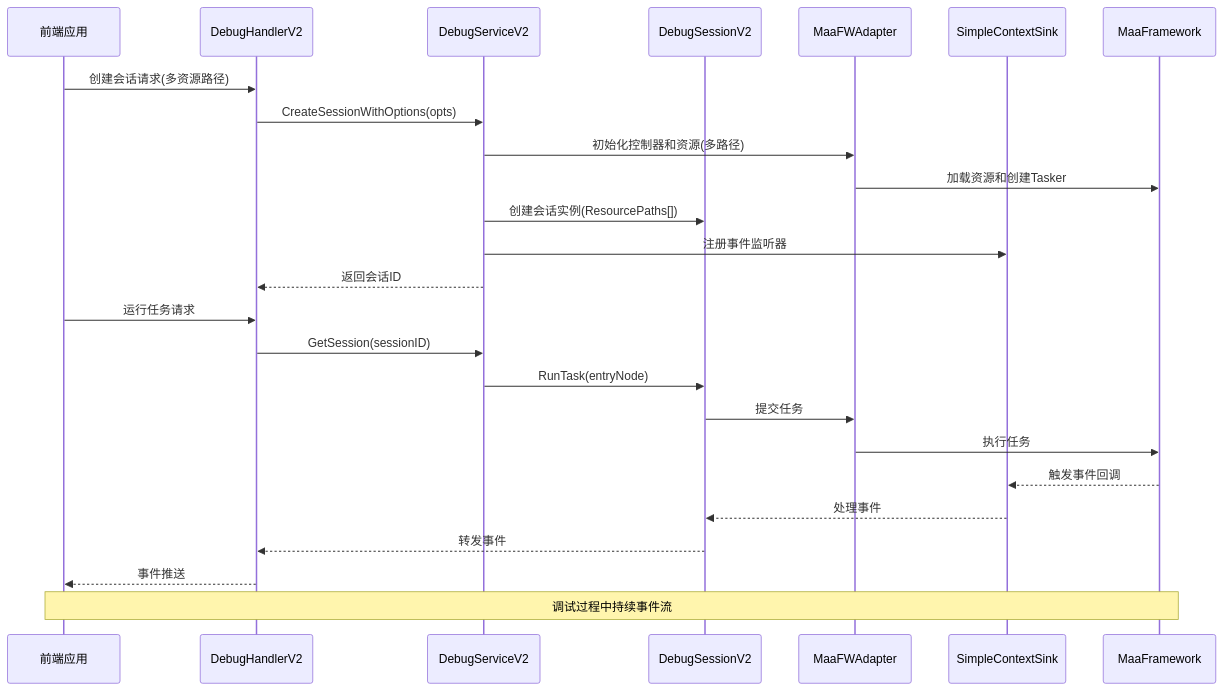
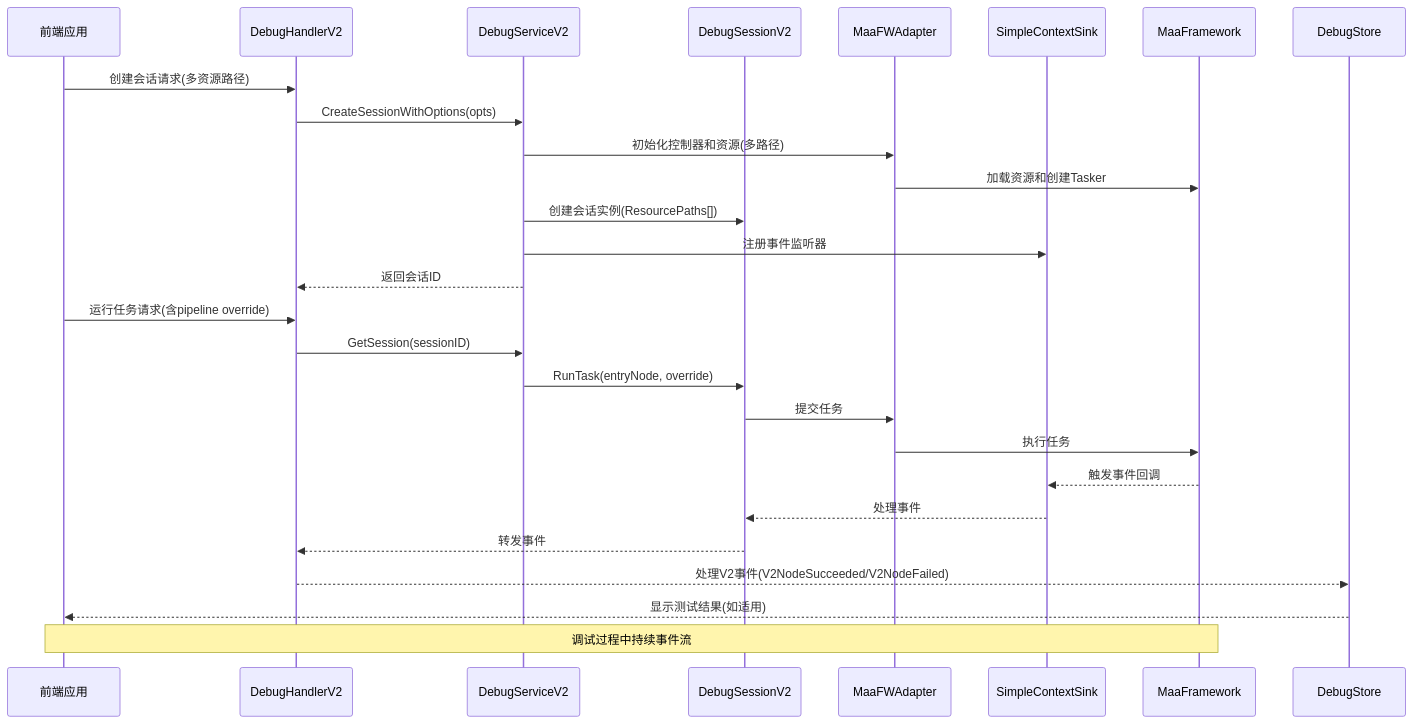
One commit to kqcoxn/MaaPipelineEditor changed the second of 9 diagrams in .qoder/repowiki/zh/content/核心概念/调试服务 V2.md. Above: the diagram before and after it, drawn with Mermaid. The commit also changed other lines of this file and 23 other files, not shown here.

````diff
--- a/.qoder/repowiki/zh/content/核心概念/调试服务 V2.md
+++ b/.qoder/repowiki/zh/content/核心概念/调试服务 V2.md
@@ -105,27 +130,29 @@
 ```mermaid
 sequenceDiagram
 participant Client as 前端应用
 participant Handler as DebugHandlerV2
 participant Service as DebugServiceV2
 participant Session as DebugSessionV2
 participant Adapter as MaaFWAdapter
 participant Sink as SimpleContextSink
 participant MFW as MaaFramework
+participant Store as DebugStore
 Client->>Handler : 创建会话请求(多资源路径)
 Handler->>Service : CreateSessionWithOptions(opts)
 Service->>Adapter : 初始化控制器和资源(多路径)
 Adapter->>MFW : 加载资源和创建Tasker
 Service->>Session : 创建会话实例(ResourcePaths[])
 Service->>Sink : 注册事件监听器
 Service-->>Handler : 返回会话ID
-Client->>Handler : 运行任务请求
+Client->>Handler : 运行任务请求(含pipeline override)
 Handler->>Service : GetSession(sessionID)
-Service->>Session : RunTask(entryNode)
+Service->>Session : RunTask(entryNode, override)
 Session->>Adapter : 提交任务
 Adapter->>MFW : 执行任务
 MFW-->>Sink : 触发事件回调
 Sink-->>Session : 处理事件
 Session-->>Handler : 转发事件
-Handler-->>Client : 事件推送
+Handler-->>Store : 处理V2事件(V2NodeSucceeded/V2NodeFailed)
+Store-->>Client : 显示测试结果(如适用)
 Note over Client,MFW : 调试过程中持续事件流
 ```
````
